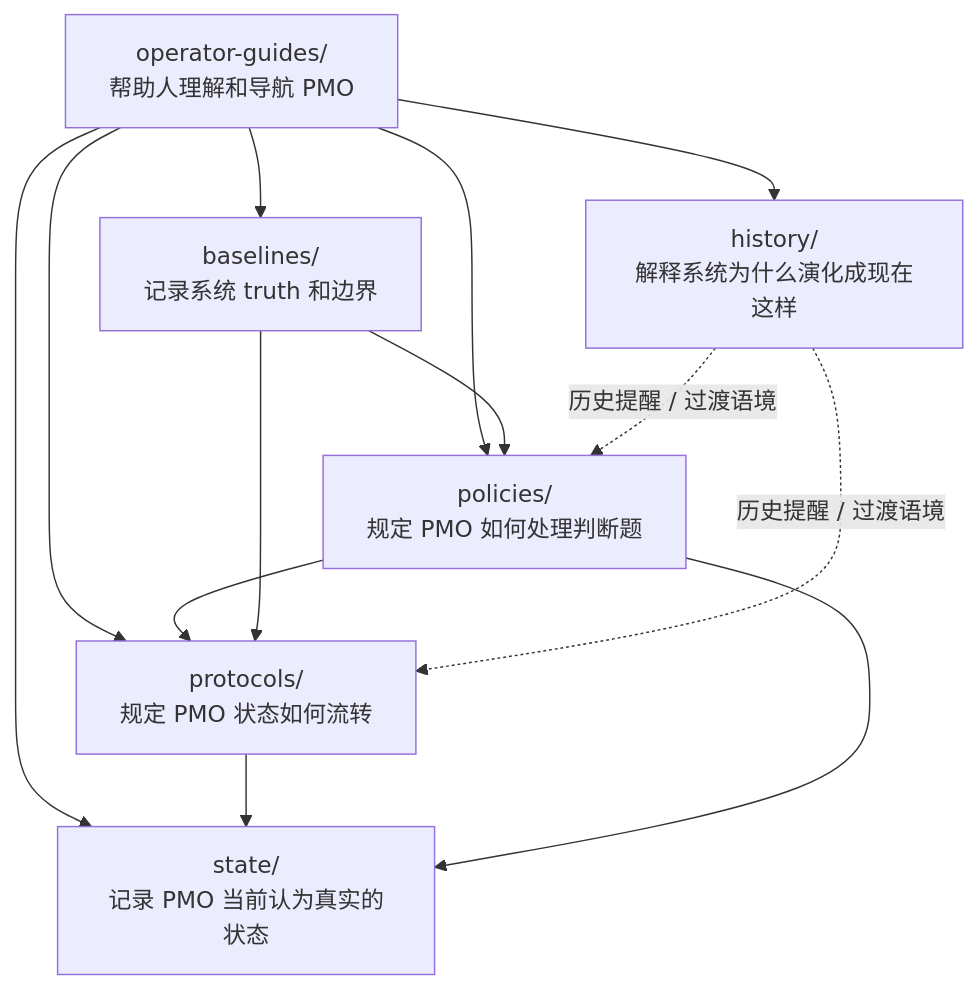
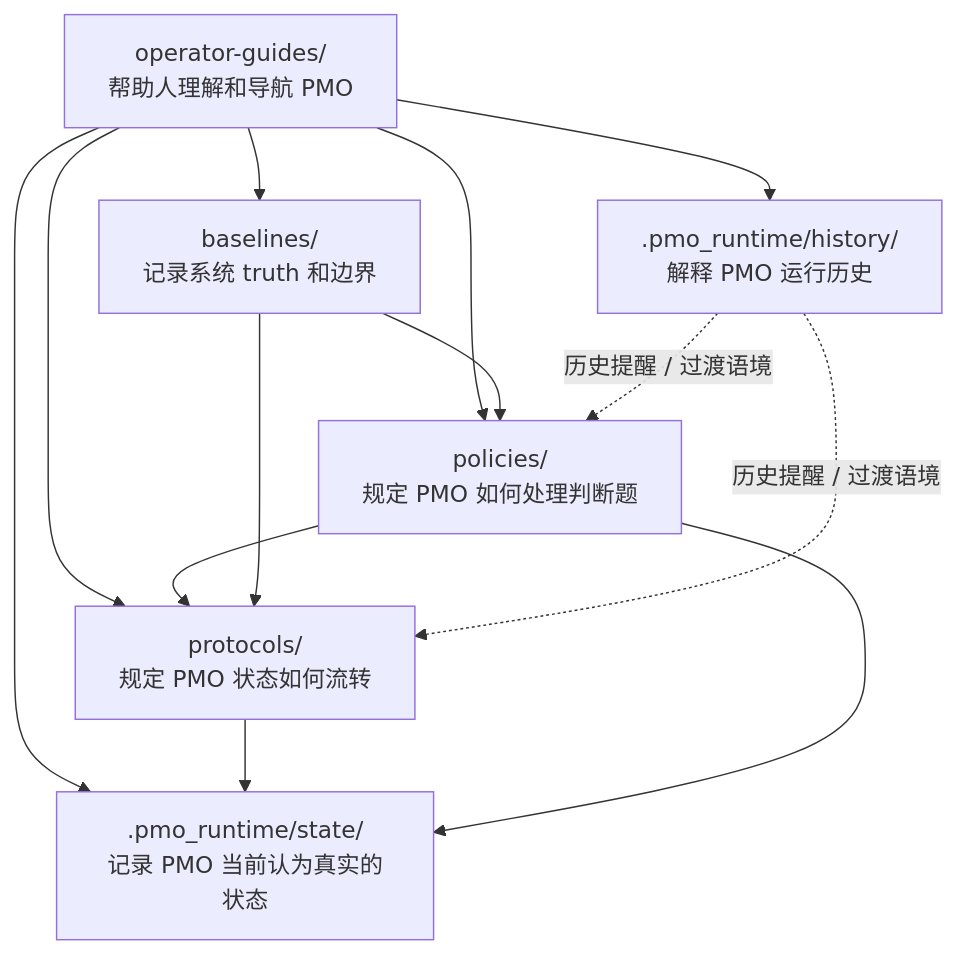
One commit to Alllllier/Sayachan-Lite changed the diagram in docs/pmo/operator-guides/pmo-system-map.md. Above: the diagram before and after it, drawn with Mermaid. The commit also changed other lines of this file and 251 other files, not shown here.

Commit message:
Move PMO runtime state to embedded repo

````diff
--- a/docs/pmo/operator-guides/pmo-system-map.md
+++ b/docs/pmo/operator-guides/pmo-system-map.md
@@ -19,16 +19,16 @@
 ```mermaid
 flowchart TB
     OG["operator-guides/<br/>帮助人理解和导航 PMO"] --> P["protocols/<br/>规定 PMO 状态如何流转"]
-    OG --> S["state/<br/>记录 PMO 当前认为真实的状态"]
+    OG --> S[".pmo_runtime/state/<br/>记录 PMO 当前认为真实的状态"]
     OG --> PO["policies/<br/>规定 PMO 如何处理判断题"]
     OG --> B["baselines/<br/>记录系统 truth 和边界"]
-    OG --> H["history/<br/>解释系统为什么演化成现在这样"]
+    OG --> H[".pmo_runtime/history/<br/>解释 PMO 运行历史"]
 
     P --> S
     PO --> P
     PO --> S
     B --> P
     B --> PO
     H -. 历史提醒 / 过渡语境 .-> P
     H -. 历史提醒 / 过渡语境 .-> PO
 ```
````
